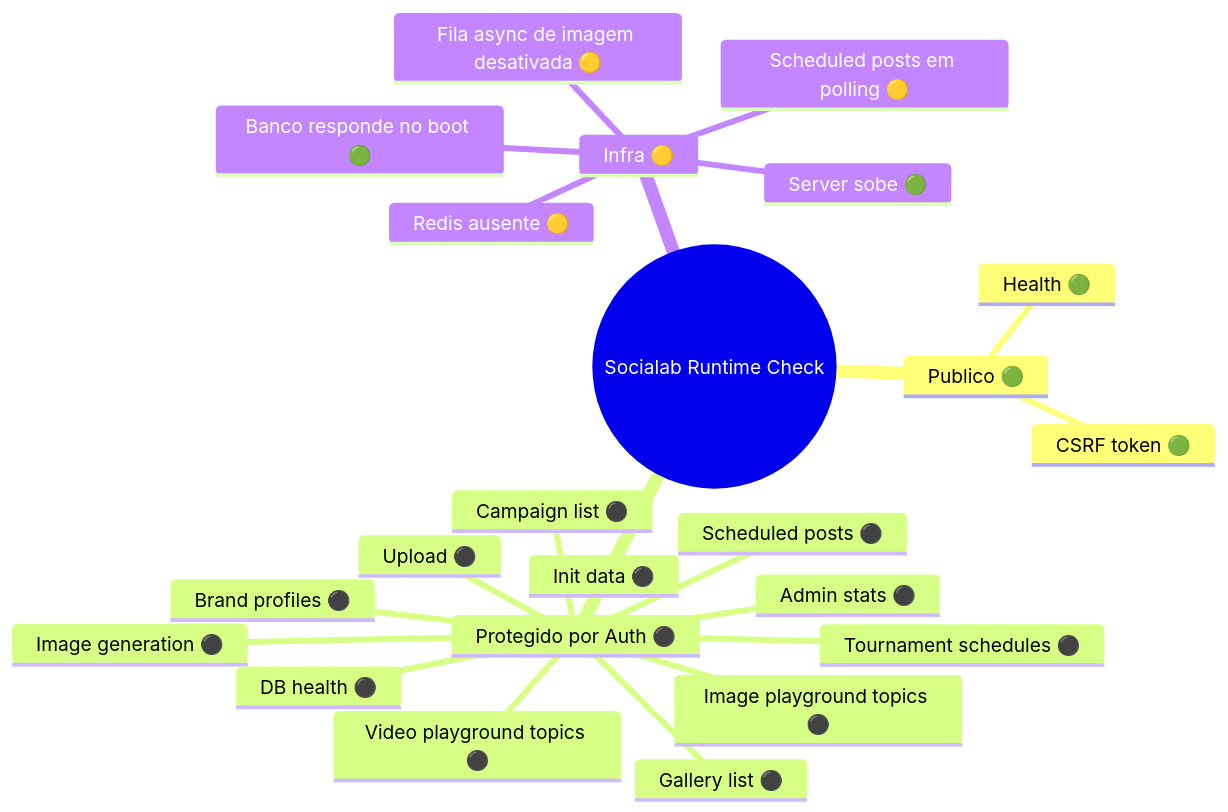
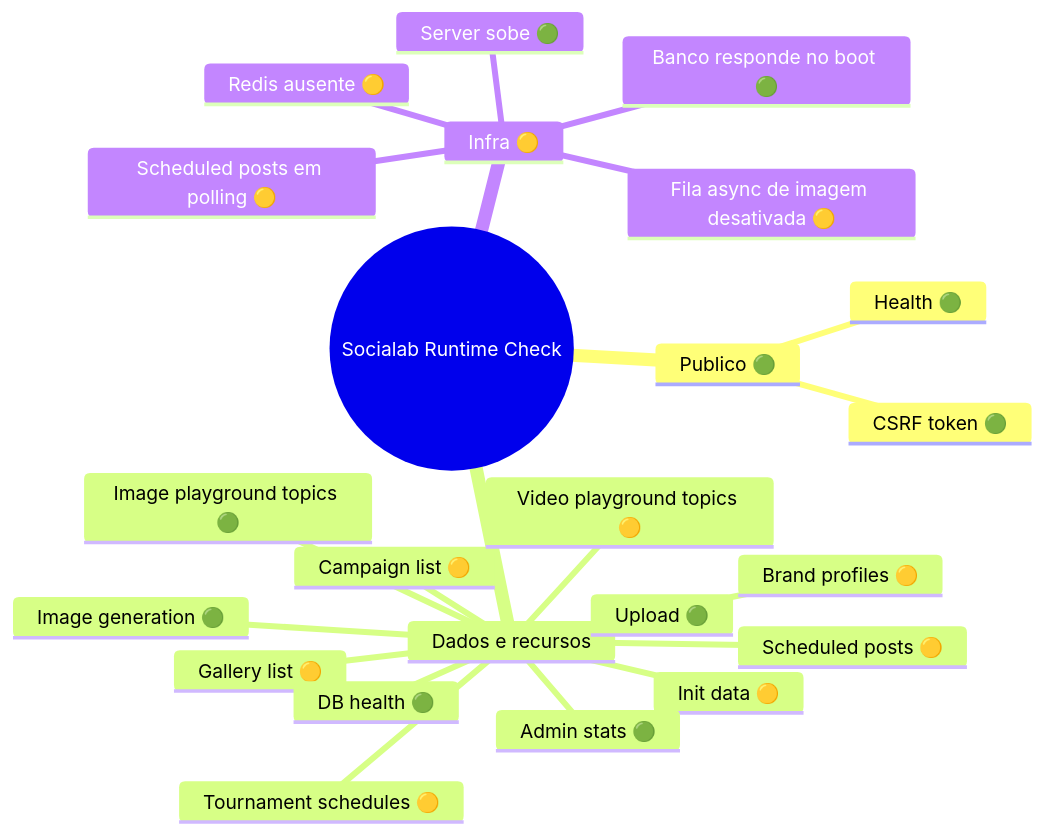
One commit to guilhermexp/PokerMarketing-Agency changed the second of 3 diagrams in .planning/FUNCTIONAL-BASELINE.md. Above: the diagram before and after it, drawn with Mermaid. The commit also changed other lines of this file, not shown here.

Commit message:
docs: refine runtime health check with authenticated browser session

````diff
--- a/.planning/FUNCTIONAL-BASELINE.md
+++ b/.planning/FUNCTIONAL-BASELINE.md
@@ -510,26 +511,26 @@
 ```mermaid
 mindmap
   root((Socialab Runtime Check))
     Publico 🟢
       Health 🟢
       CSRF token 🟢
-    Protegido por Auth ⚫
-      Campaign list ⚫
-      Gallery list ⚫
-      Image generation ⚫
-      Image playground topics ⚫
-      Brand profiles ⚫
-      Scheduled posts ⚫
-      Admin stats ⚫
-      DB health ⚫
-      Upload ⚫
-      Video playground topics ⚫
-      Tournament schedules ⚫
-      Init data ⚫
+    Dados e recursos
+      Campaign list 🟡
+      Gallery list 🟡
+      Brand profiles 🟡
+      Scheduled posts 🟡
+      Tournament schedules 🟡
+      Init data 🟡
+      Video playground topics 🟡
+      Image playground topics 🟢
+      Image generation 🟢
+      Upload 🟢
+      Admin stats 🟢
+      DB health 🟢
     Infra 🟡
       Server sobe 🟢
       Banco responde no boot 🟢
       Redis ausente 🟡
       Scheduled posts em polling 🟡
       Fila async de imagem desativada 🟡
 ```
````
